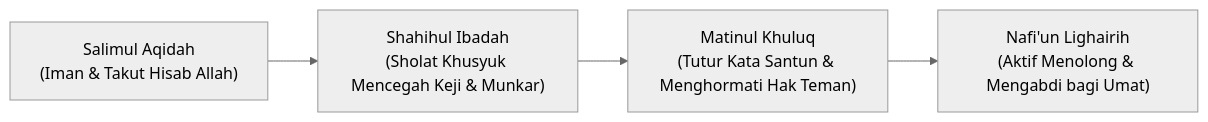
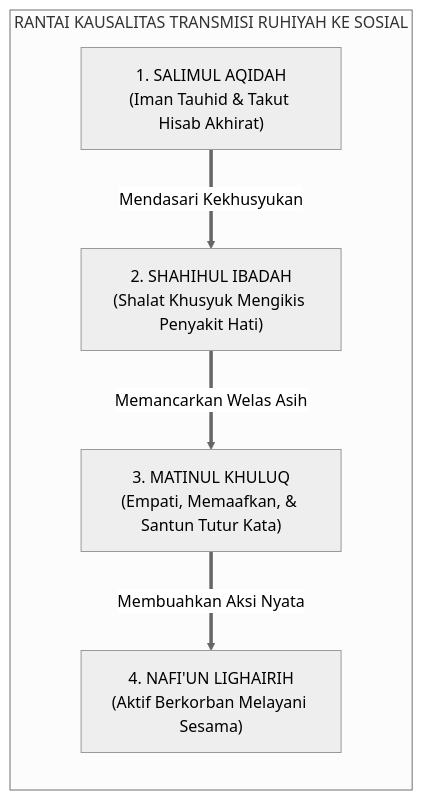
The first of 4 diagrams in 03 Capacity Framework/03 Character Relationships/P3-03-01-Keterhubungan-Fondasi-Ruhiyah-dan-Sosial.md (wandiapriliyandi/tumbuh), drawn with Mermaid (neutral theme) before and after one commit. The commit also changed other lines of this file and 25 other files, not shown here.

````diff
--- a/03 Capacity Framework/03 Character Relationships/P3-03-01-Keterhubungan-Fondasi-Ruhiyah-dan-Sosial.md
+++ b/03 Capacity Framework/03 Character Relationships/P3-03-01-Keterhubungan-Fondasi-Ruhiyah-dan-Sosial.md
@@ -12,6 +54,16 @@
 ```mermaid
-graph LR
-    Aqidah["Salimul Aqidah<br/>(Iman & Takut Hisab Allah)"] --> Ibadah["Shahihul Ibadah<br/>(Sholat Khusyuk Mencegah Keji & Munkar)"]
-    Ibadah --> Akhlak["Matinul Khuluq<br/>(Tutur Kata Santun & Menghormati Hak Teman)"]
-    Akhlak --> Khidmah["Nafi'un Lighairih<br/>(Aktif Menolong & Mengabdi bagi Umat)"]
+flowchart LR
+    subgraph RantaiKausalitasRuhiyahSosial["RANTAI KAUSALITAS TRANSMISI RUHIYAH KE SOSIAL"]
+        Aqidah["1. SALIMUL AQIDAH<br/>(Iman Tauhid & Takut Hisab Akhirat)"]
+        
+        Ibadah["2. SHAHIHUL IBADAH<br/>(Shalat Khusyuk Mengikis Penyakit Hati)"]
+        
+        Akhlak["3. MATINUL KHULUQ<br/>(Empati, Memaafkan, & Santun Tutur Kata)"]
+        
+        Khidmah["4. NAFI'UN LIGHAIRIH<br/>(Aktif Berkorban Melayani Sesama)"]
+        
+        Aqidah ==>|Mendasari Kekhusyukan| Ibadah
+        Ibadah ==>|Memancarkan Welas Asih| Akhlak
+        Akhlak ==>|Membuahkan Aksi Nyata| Khidmah
+    end
 ```
````
